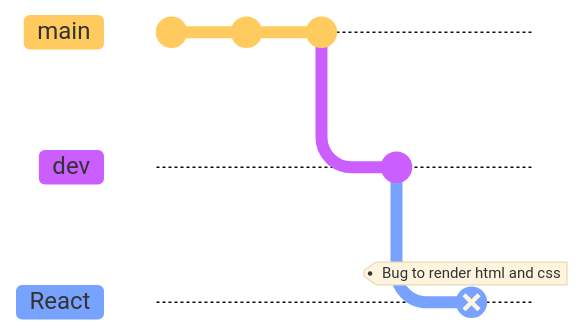
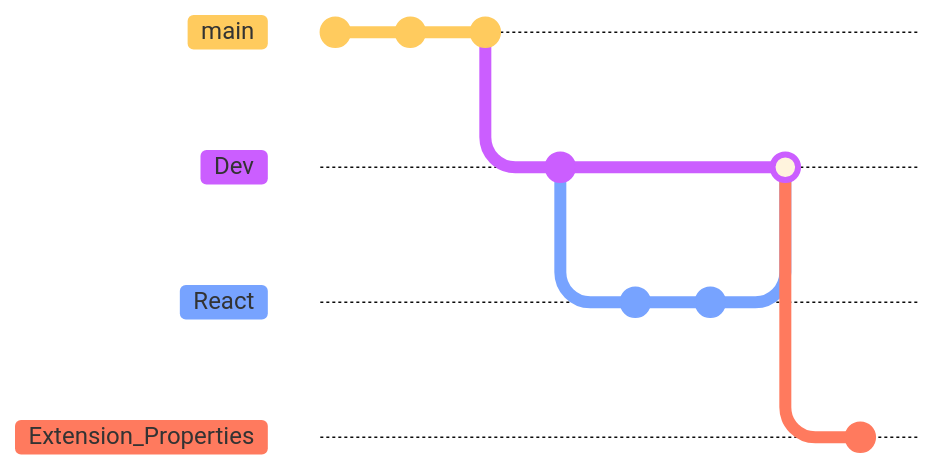
The diagram in README.md (Aubert-Antoine/loudness-visualizer), drawn with Mermaid before and after one commit. Commit ids are hidden.

````diff
--- a/README.md
+++ b/README.md
@@ -19,13 +19,18 @@
 ```mermaid
 %%{init: { 'logLevel': 'debug', 'theme': 'base', 'gitGraph': {'rotateCommitLabel': true}} }%%
     gitGraph
        commit
        commit
        commit
-       branch dev
+       branch Dev
        commit
-       checkout dev
+       checkout Dev
        branch React
-       commit tag: "Bug to render html and css" type: REVERSE
-       
+       commit
+       commit
+       checkout Dev
+       merge React
+       checkout Dev
+       branch Extension_Properties
+       commit
 ```
````
